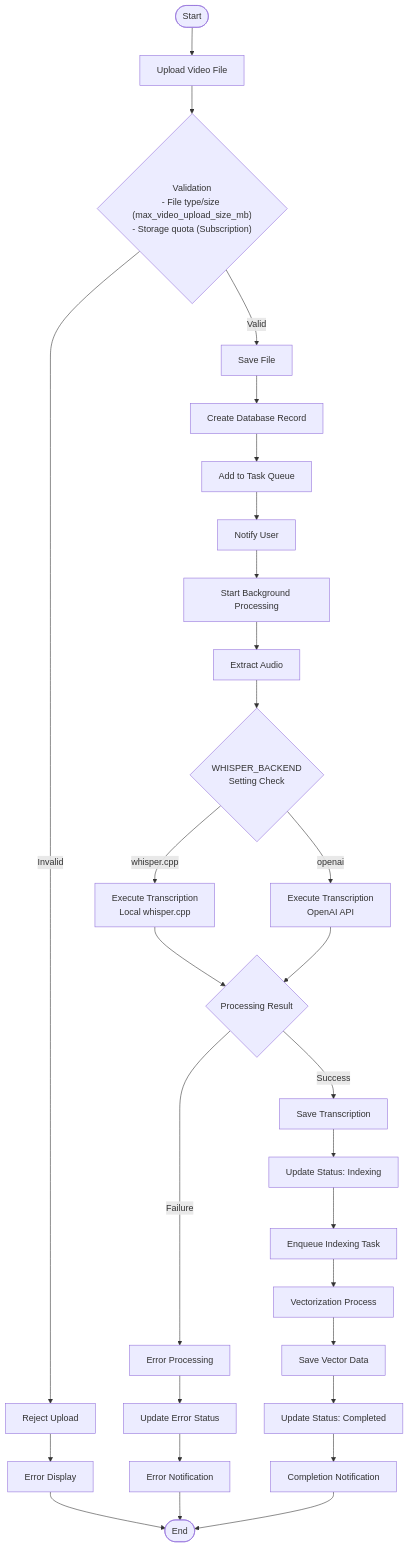
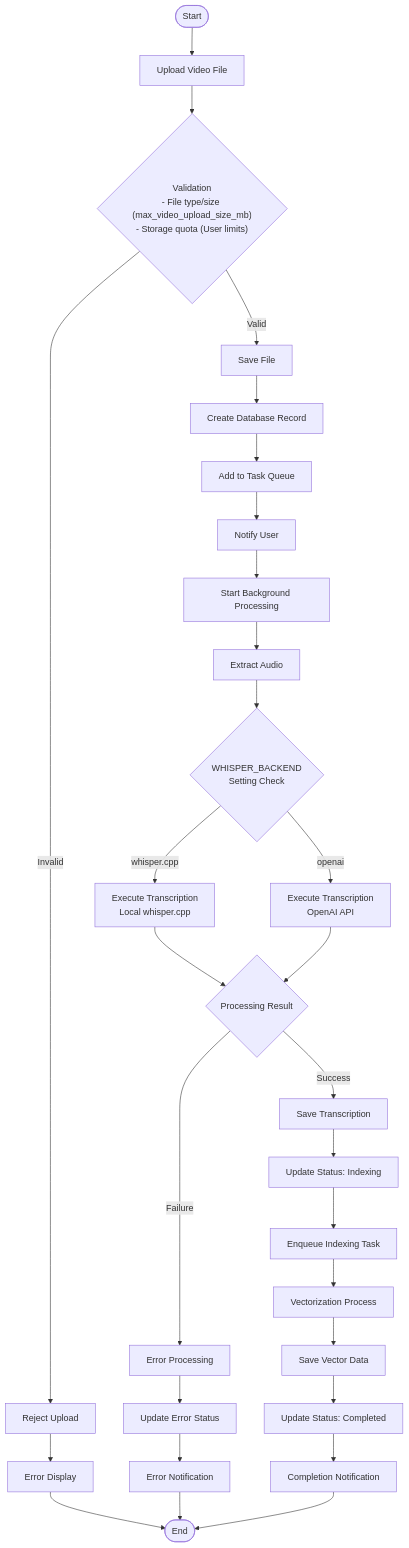
The second of 10 diagrams in docs/architecture/bpmn.md (yukiharada1228/videoq), drawn with Mermaid before and after one commit. The commit also changed 12 other files, not shown here.

Commit message:
docs: update system design, sequence diagrams, database schemas, and requirements docs

````diff
--- a/docs/architecture/bpmn.md
+++ b/docs/architecture/bpmn.md
@@ -36,33 +36,33 @@
 ```mermaid
 flowchart TD
     Start([Start]) --> Upload[Upload Video File]
-    Upload --> ValidateFile{"Validation<br>- File type/size (max_video_upload_size_mb)<br>- Storage quota (Subscription)"}
+    Upload --> ValidateFile{"Validation<br>- File type/size (max_video_upload_size_mb)<br>- Storage quota (User limits)"}
     ValidateFile -->|Invalid| Reject[Reject Upload]
     Reject --> ShowError[Error Display]
     ShowError --> End([End])
     ValidateFile -->|Valid| SaveFile[Save File]
     SaveFile --> CreateRecord[Create Database Record]
     CreateRecord --> QueueTask[Add to Task Queue]
     QueueTask --> NotifyUser[Notify User]
     NotifyUser --> ProcessTask[Start Background Processing]
     
     ProcessTask --> ExtractAudio[Extract Audio]
     ExtractAudio --> CheckBackend{"WHISPER_BACKEND<br>Setting Check"}
     CheckBackend -->|whisper.cpp| Transcribe[Execute Transcription<br>Local whisper.cpp]
     CheckBackend -->|openai| TranscribeAPI[Execute Transcription<br>OpenAI API]
     Transcribe --> CheckResult{Processing Result}
     TranscribeAPI --> CheckResult
     CheckResult -->|Success| CreateTranscript[Save Transcription]
     CheckResult -->|Failure| HandleError[Error Processing]
     HandleError --> UpdateErrorStatus[Update Error Status]
     UpdateErrorStatus --> NotifyError[Error Notification]
     NotifyError --> End
     
     CreateTranscript --> MarkIndexing[Update Status: Indexing]
     MarkIndexing --> QueueIndexTask[Enqueue Indexing Task]
     QueueIndexTask --> Vectorize[Vectorization Process]
     Vectorize --> SaveVector[Save Vector Data]
     SaveVector --> UpdateStatus[Update Status: Completed]
     UpdateStatus --> NotifyComplete[Completion Notification]
     NotifyComplete --> End
 ```
````
